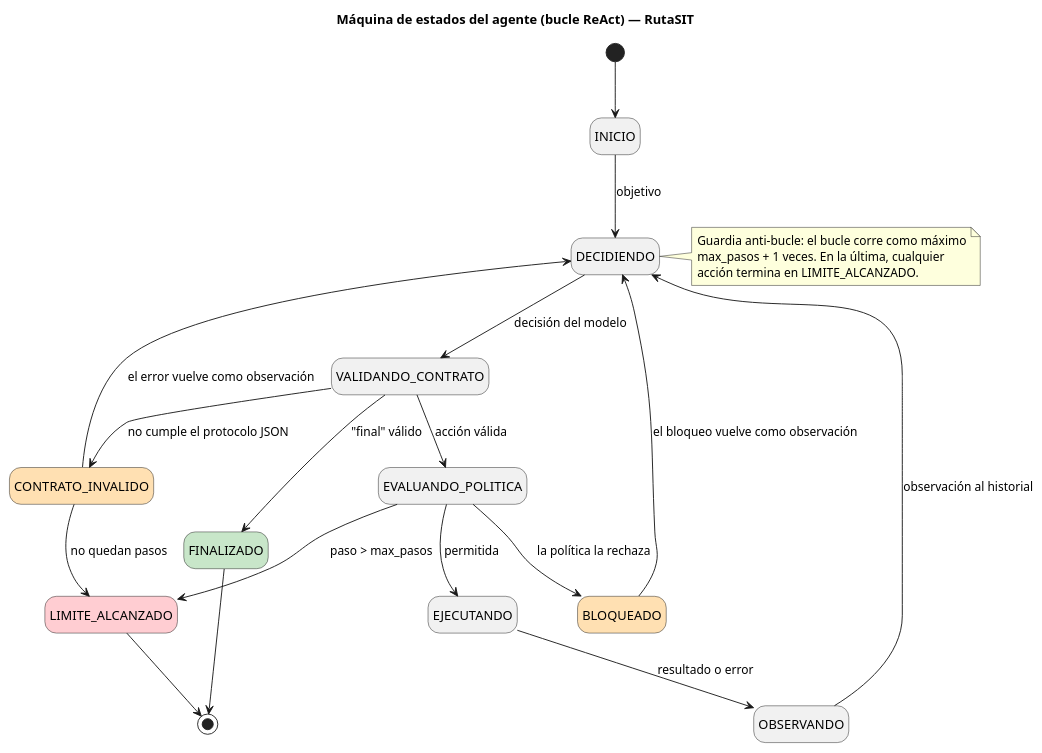
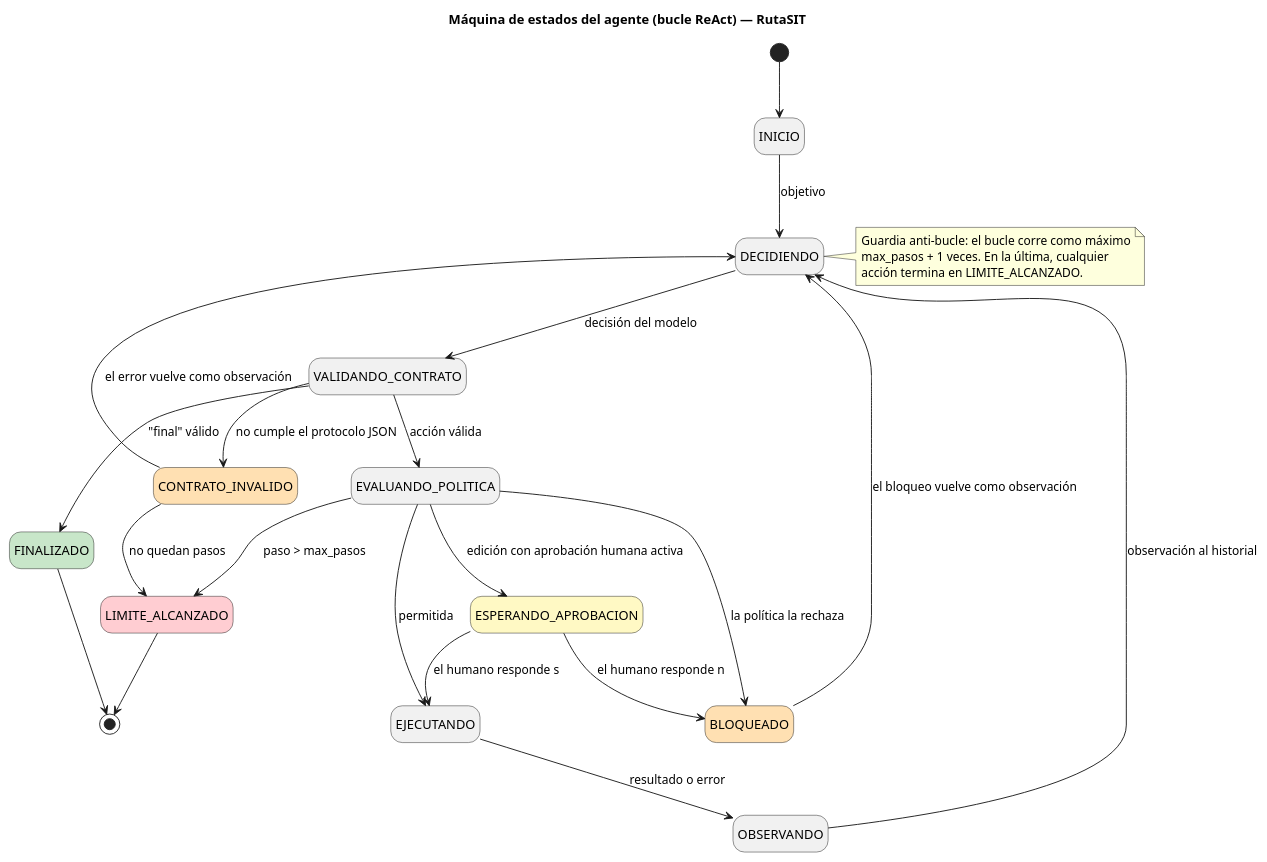
One commit to Camila-Alarico/cs-2026b-lab04--grupo06 changed the diagram in agentes/diseno/estados.puml. Above: the diagram before and after it, drawn with PlantUML. The commit also changed 24 other files, not shown here.

```diff
--- a/agentes/diseno/estados.puml
+++ b/agentes/diseno/estados.puml
@@ -1,32 +1,36 @@
 @startuml estados
 title Máquina de estados del agente (bucle ReAct) — RutaSIT
 hide empty description
 
 state FINALIZADO #C8E6C9
 state LIMITE_ALCANZADO #FFCDD2
 state CONTRATO_INVALIDO #FFE0B2
 state BLOQUEADO #FFE0B2
+state ESPERANDO_APROBACION #FFF9C4
 
 [*] --> INICIO
 INICIO --> DECIDIENDO : objetivo
 DECIDIENDO --> VALIDANDO_CONTRATO : decisión del modelo
 VALIDANDO_CONTRATO --> CONTRATO_INVALIDO : no cumple el protocolo JSON
 VALIDANDO_CONTRATO --> EVALUANDO_POLITICA : acción válida
 VALIDANDO_CONTRATO --> FINALIZADO : "final" válido
 CONTRATO_INVALIDO --> DECIDIENDO : el error vuelve como observación
 CONTRATO_INVALIDO --> LIMITE_ALCANZADO : no quedan pasos
 EVALUANDO_POLITICA --> EJECUTANDO : permitida
+EVALUANDO_POLITICA --> ESPERANDO_APROBACION : edición con aprobación humana activa
 EVALUANDO_POLITICA --> BLOQUEADO : la política la rechaza
+ESPERANDO_APROBACION --> EJECUTANDO : el humano responde s
+ESPERANDO_APROBACION --> BLOQUEADO : el humano responde n
 EVALUANDO_POLITICA --> LIMITE_ALCANZADO : paso > max_pasos
 BLOQUEADO --> DECIDIENDO : el bloqueo vuelve como observación
 EJECUTANDO --> OBSERVANDO : resultado o error
 OBSERVANDO --> DECIDIENDO : observación al historial
 FINALIZADO --> [*]
 LIMITE_ALCANZADO --> [*]
 
 note right of DECIDIENDO
   Guardia anti-bucle: el bucle corre como máximo
   max_pasos + 1 veces. En la última, cualquier
   acción termina en LIMITE_ALCANZADO.
 end note
 @enduml
```
